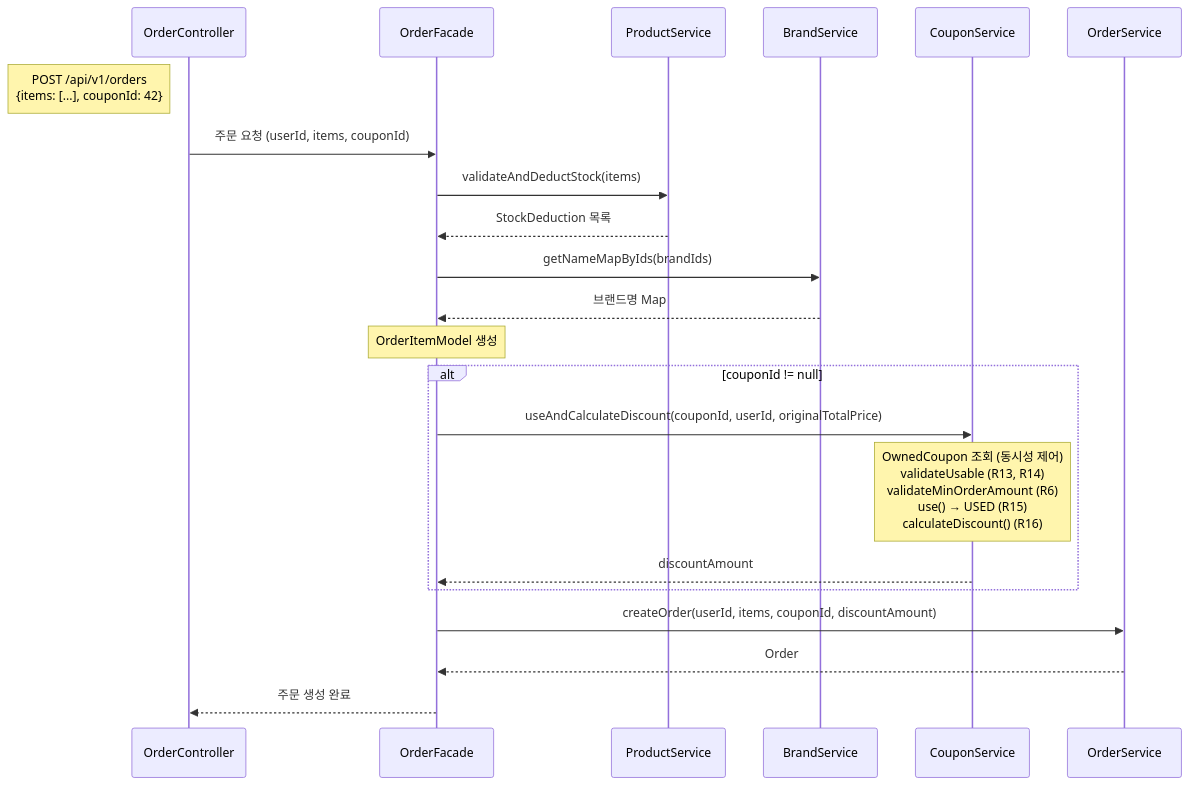
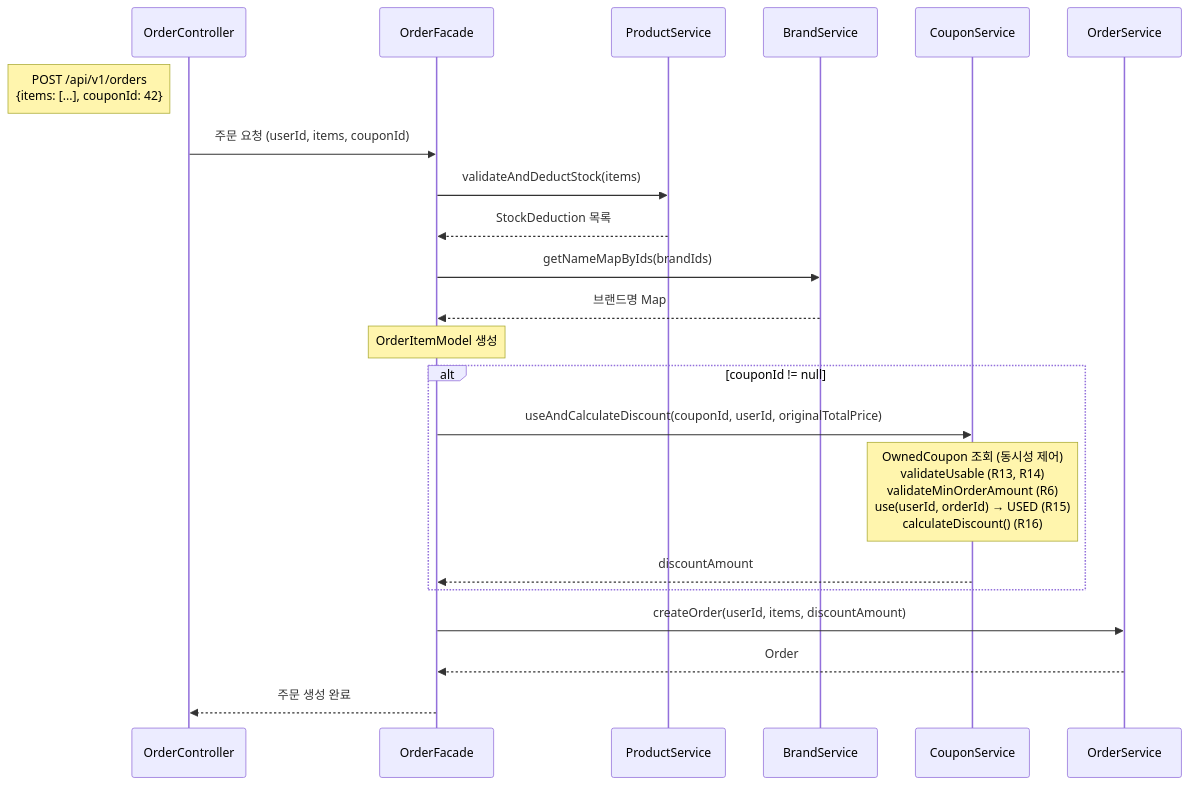
Before and after one commit to plan11plan/loop-pack-be-l2-vol3-java: the second of 5 diagrams in docs/design/coupon/DESIGN.md, drawn with Mermaid. The commit also changed other lines of this file and 4 other files, not shown here.

````diff
--- a/docs/design/coupon/DESIGN.md
+++ b/docs/design/coupon/DESIGN.md
@@ -279,29 +281,29 @@
 ```mermaid
 sequenceDiagram
     participant OC as OrderController
     participant OF as OrderFacade
     participant PS as ProductService
     participant BS as BrandService
     participant CS as CouponService
     participant OS as OrderService
 
     Note left of OC: POST /api/v1/orders<br/>{items: [...], couponId: 42}
     OC->>OF: 주문 요청 (userId, items, couponId)
     OF->>PS: validateAndDeductStock(items)
     PS-->>OF: StockDeduction 목록
 
     OF->>BS: getNameMapByIds(brandIds)
     BS-->>OF: 브랜드명 Map
 
     Note over OF: OrderItemModel 생성
 
     alt couponId != null
         OF->>CS: useAndCalculateDiscount(couponId, userId, originalTotalPrice)
-        Note over CS: OwnedCoupon 조회 (동시성 제어)<br/>validateUsable (R13, R14)<br/>validateMinOrderAmount (R6)<br/>use() → USED (R15)<br/>calculateDiscount() (R16)
+        Note over CS: OwnedCoupon 조회 (동시성 제어)<br/>validateUsable (R13, R14)<br/>validateMinOrderAmount (R6)<br/>use(userId, orderId) → USED (R15)<br/>calculateDiscount() (R16)
         CS-->>OF: discountAmount
     end
 
-    OF->>OS: createOrder(userId, items, couponId, discountAmount)
+    OF->>OS: createOrder(userId, items, discountAmount)
     OS-->>OF: Order
     OF-->>OC: 주문 생성 완료
 ```
````
